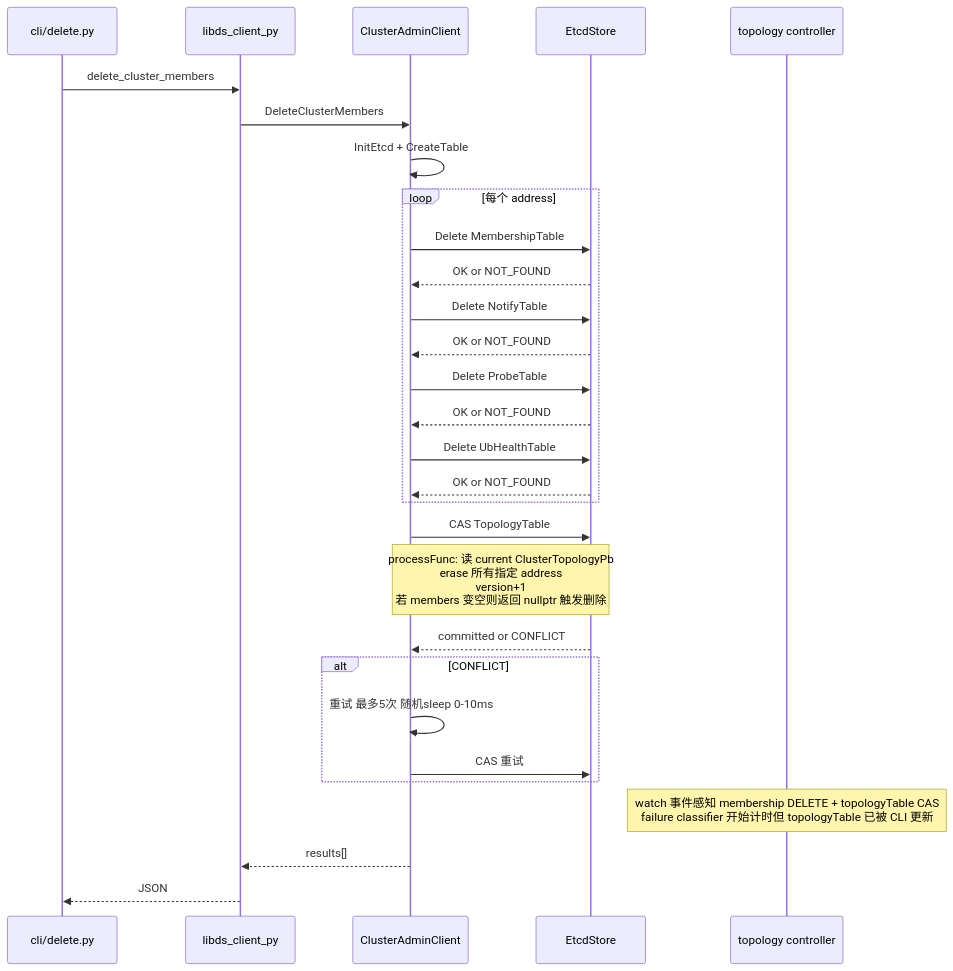
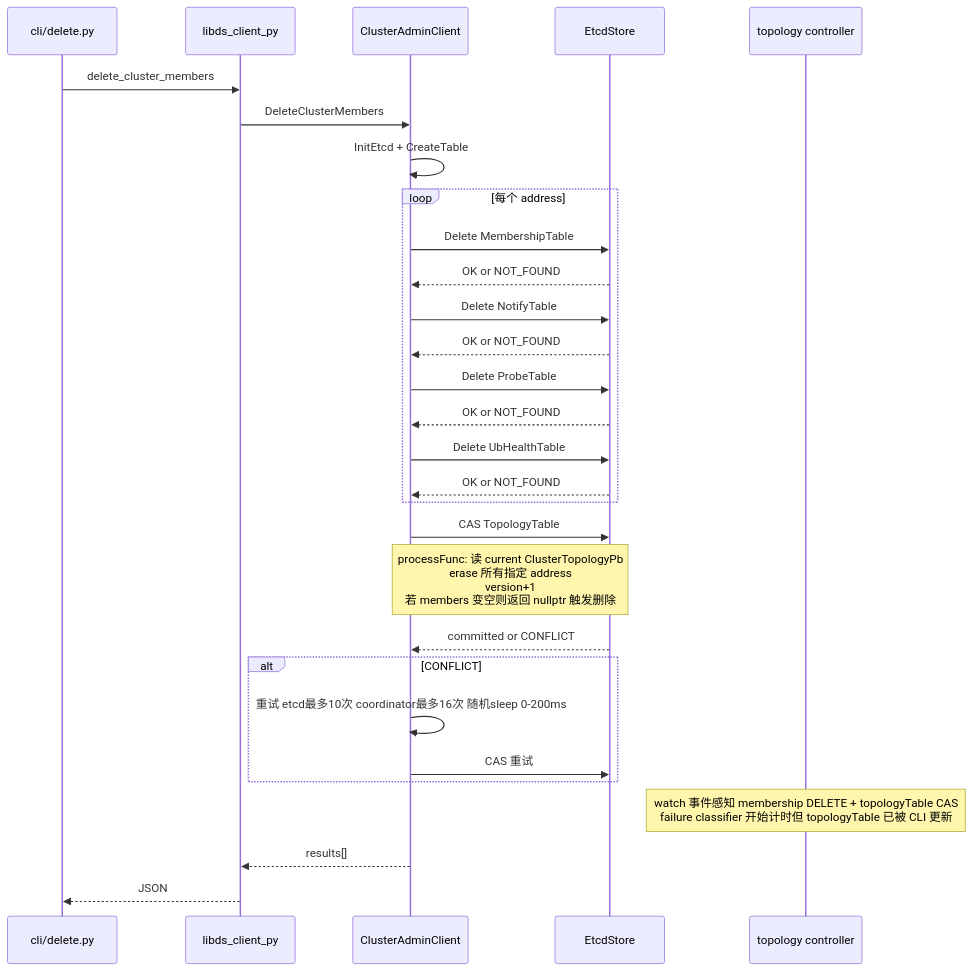
One commit to openeuler-mirror/yuanrong-datasystem changed the fourth of 6 diagrams in docs/source_zh_cn/design_document/dscli_cluster_member_cleanup_detailed.md. Above: the diagram before and after it, drawn with Mermaid. The commit also changed other lines of this file and 12 other files, not shown here.

````diff
--- a/docs/source_zh_cn/design_document/dscli_cluster_member_cleanup_detailed.md
+++ b/docs/source_zh_cn/design_document/dscli_cluster_member_cleanup_detailed.md
@@ -194,36 +201,36 @@
 ```mermaid
 sequenceDiagram
     participant CLI as cli/delete.py
     participant Native as libds_client_py
     participant Client as ClusterAdminClient
     participant Etcd as EtcdStore
     participant TC as topology controller
 
     CLI->>Native: delete_cluster_members
     Native->>Client: DeleteClusterMembers
     Client->>Client: InitEtcd + CreateTable
 
     loop 每个 address
         Client->>Etcd: Delete MembershipTable
         Etcd-->>Client: OK or NOT_FOUND
         Client->>Etcd: Delete NotifyTable
         Etcd-->>Client: OK or NOT_FOUND
         Client->>Etcd: Delete ProbeTable
         Etcd-->>Client: OK or NOT_FOUND
         Client->>Etcd: Delete UbHealthTable
         Etcd-->>Client: OK or NOT_FOUND
     end
 
     Client->>Etcd: CAS TopologyTable
     Note over Client,Etcd: processFunc: 读 current ClusterTopologyPb<br/>erase 所有指定 address<br/>version+1<br/>若 members 变空则返回 nullptr 触发删除
     Etcd-->>Client: committed or CONFLICT
 
     alt CONFLICT
-        Client->>Client: 重试 最多5次 随机sleep 0-10ms
+        Client->>Client: 重试 etcd最多10次 coordinator最多16次 随机sleep 0-200ms
         Client->>Etcd: CAS 重试
     end
 
     Note over TC: watch 事件感知 membership DELETE + topologyTable CAS<br/>failure classifier 开始计时但 topologyTable 已被 CLI 更新
     Client-->>Native: results[]
     Native-->>CLI: JSON
 ```
````
